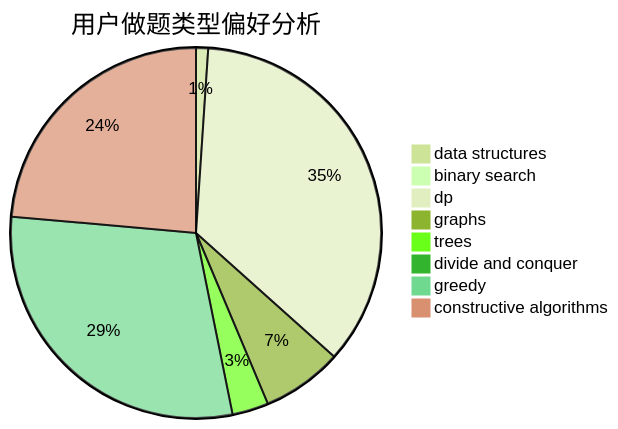
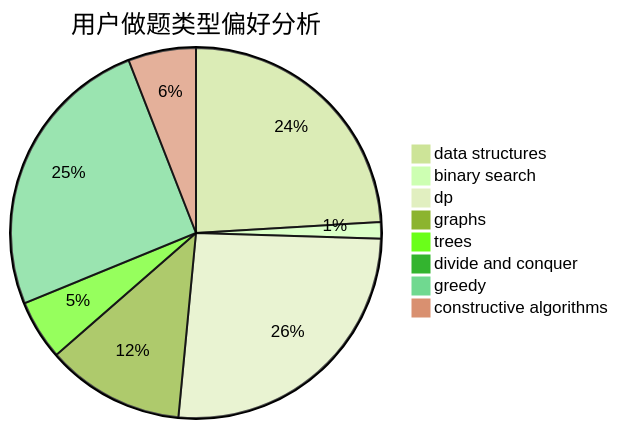
One commit to sherpahu/cfrs.github.io changed the second of 3 diagrams in docs/user/u1919.md. Above: the diagram before and after it, drawn with Mermaid (forest theme). The commit also changed other lines of this file and 2770 other files, not shown here.

````diff
--- a/docs/user/u1919.md
+++ b/docs/user/u1919.md
@@ -23,11 +23,11 @@
 ```mermaid
 pie title 用户做题类型偏好分析
-    "data structures" :  3
-    "binary search" :  1
-    "dp" :  101
-    "graphs" :  20
-    "trees" :  9
-    "divide and conquer" :  0
-    "greedy" :  84
-    "constructive algorithms" :  67
+    "data structures" :  317
+    "binary search" :  19
+    "dp" :  343
+    "graphs" :  159
+    "trees" :  69
+    "divide and conquer" :  2
+    "greedy" :  333
+    "constructive algorithms" :  78
 ```
````
